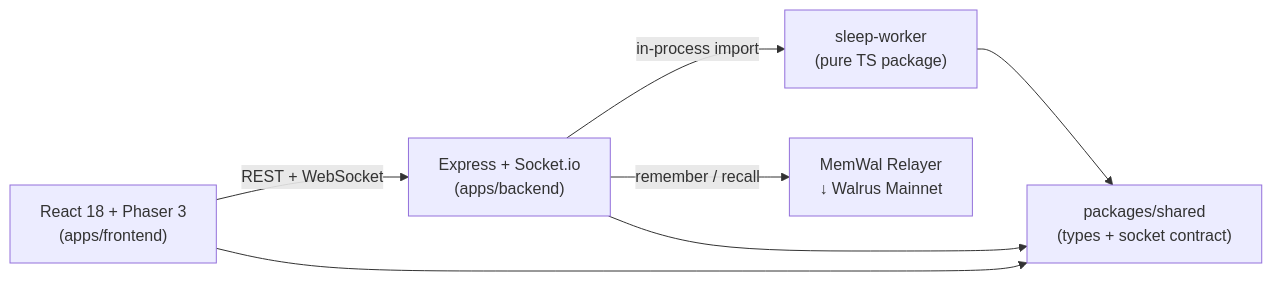
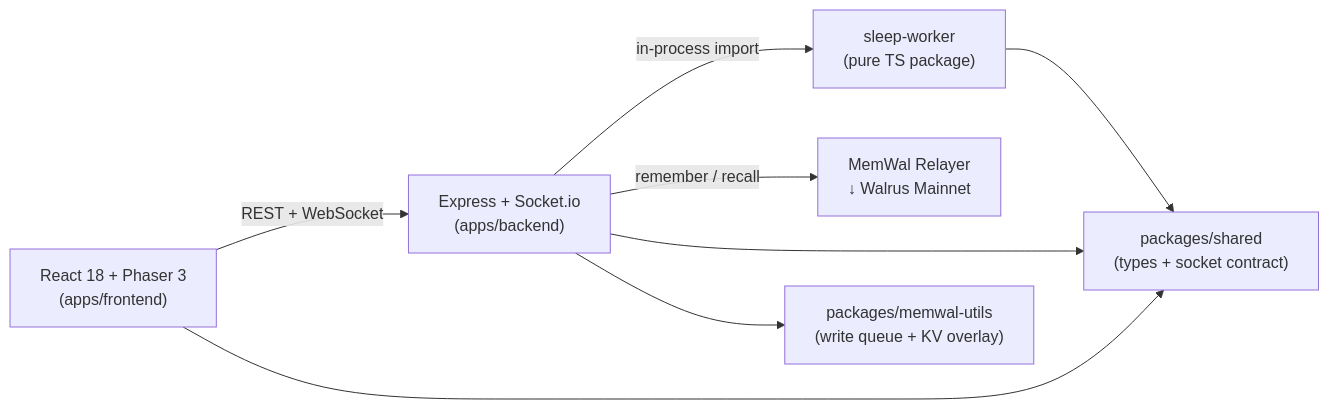
Before and after one commit to alexbelij/moneyball: the diagram in README.md, drawn with Mermaid. The commit also changed other lines of this file and 11 other files, not shown here.

First line of the commit message:
feat(T73): extract packages/memwal-utils — write queue, KV overlay, key builder

````diff
--- a/README.md
+++ b/README.md
@@ -39,15 +39,17 @@
 ```mermaid
 graph LR
     Browser["React 18 + Phaser 3<br/>(apps/frontend)"]
     Server["Express + Socket.io<br/>(apps/backend)"]
     Sleep["sleep-worker<br/>(pure TS package)"]
     Shared["packages/shared<br/>(types + socket contract)"]
     MemWal["MemWal Relayer<br/>↓ Walrus Mainnet"]
 
     Browser -- "REST + WebSocket" --> Server
     Server -- "in-process import" --> Sleep
     Server -- "remember / recall" --> MemWal
     Server --> Shared
+    Server --> Utils
     Browser --> Shared
     Sleep --> Shared
+    Utils["packages/memwal-utils<br/>(write queue + KV overlay)"]
 ```
````
